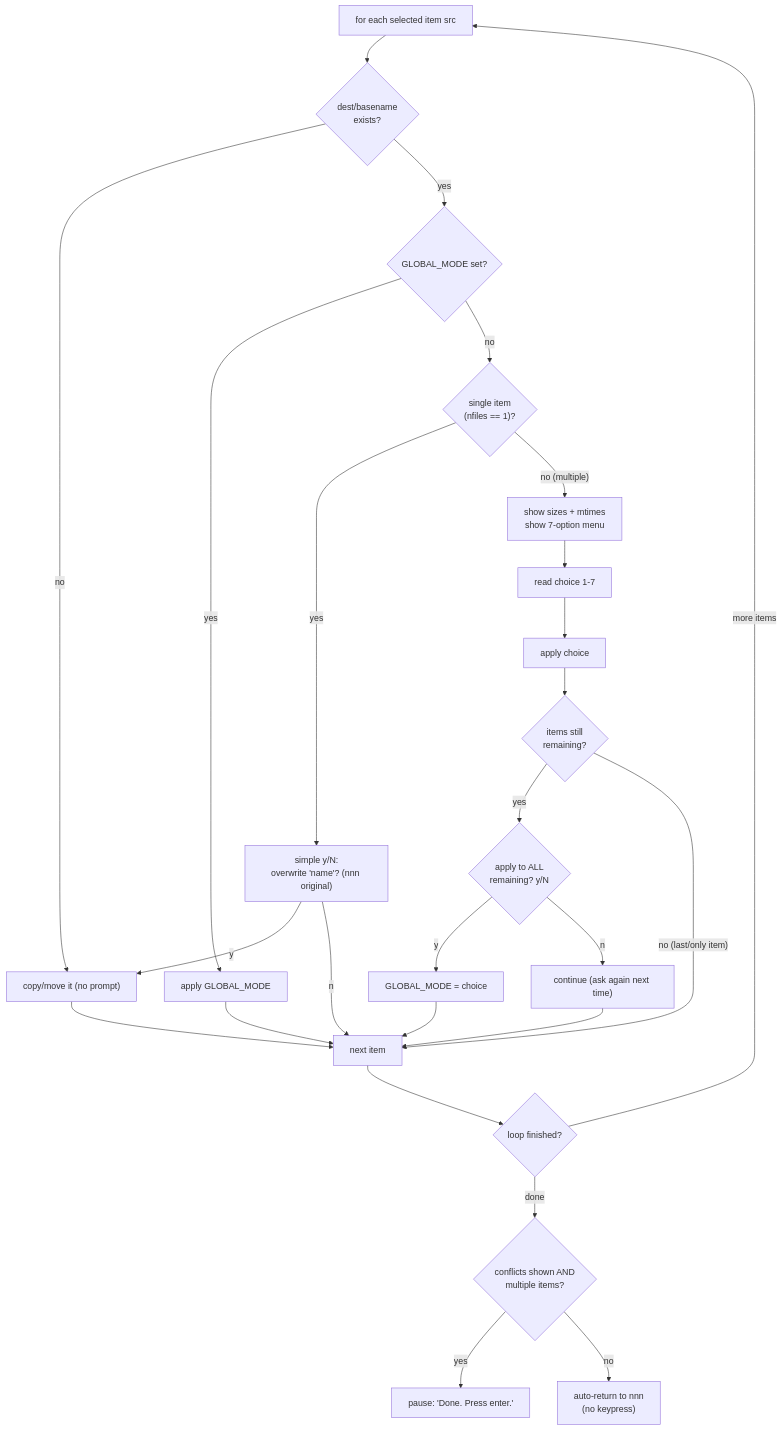
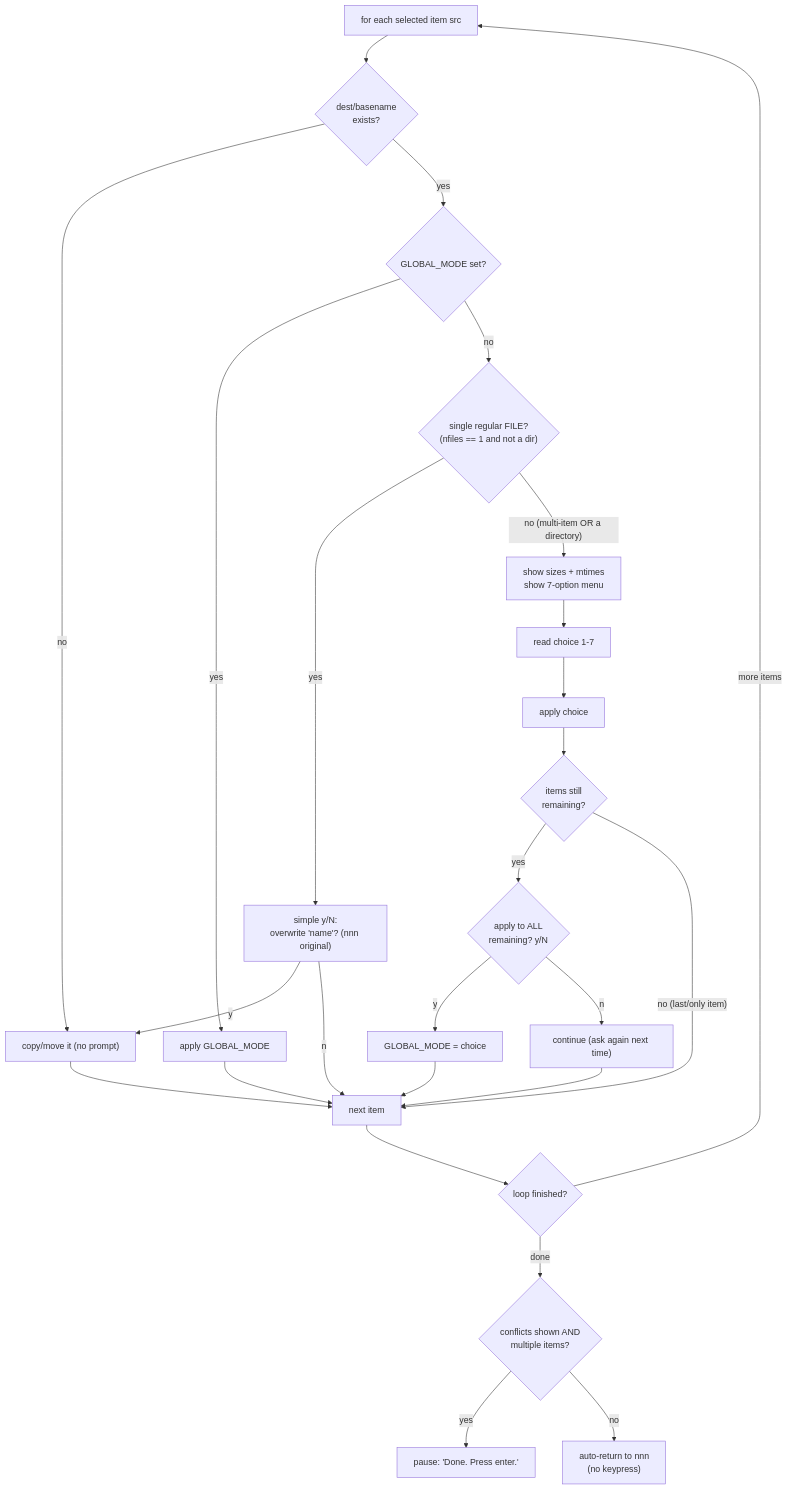
One commit to techcaotri/nnn changed diagram 21 of 24 in docs/Brainstorm_nnn_Update.md. Above: the diagram before and after it, drawn with Mermaid. The commit also changed other lines of this file and 1 other file, not shown here.

First line of the commit message:
fix(cpmv): single-directory conflicts use the full menu, files keep y/N

````diff
--- a/docs/Brainstorm_nnn_Update.md
+++ b/docs/Brainstorm_nnn_Update.md
@@ -1646,29 +1646,29 @@
 ```mermaid
 %% Per-item loop with apply-to-all short-circuit
 flowchart TD
     Start["for each selected item src"] --> Tgt{"dest/basename<br/>exists?"}
     Tgt -->|"no"| Just["copy/move it (no prompt)"]
     Tgt -->|"yes"| Glob{"GLOBAL_MODE set?"}
     Glob -->|"yes"| Apply["apply GLOBAL_MODE"]
-    Glob -->|"no"| One{"single item<br/>(nfiles == 1)?"}
+    Glob -->|"no"| One{"single regular FILE?<br/>(nfiles == 1 and not a dir)"}
     One -->|"yes"| YN["simple y/N:<br/>overwrite 'name'? (nnn original)"]
     YN -->|"y"| Just
     YN -->|"n"| Next2
-    One -->|"no (multiple)"| Show["show sizes + mtimes<br/>show 7-option menu"]
+    One -->|"no (multi-item OR a directory)"| Show["show sizes + mtimes<br/>show 7-option menu"]
     Show --> Read["read choice 1-7"]
     Read --> Do["apply choice"]
     Do --> Rem{"items still<br/>remaining?"}
     Rem -->|"yes"| AskAll{"apply to ALL<br/>remaining? y/N"}
     Rem -->|"no (last/only item)"| Next2
     AskAll -->|"y"| SetG["GLOBAL_MODE = choice"]
     AskAll -->|"n"| Next1["continue (ask again next time)"]
     Apply --> Next2["next item"]
     Just --> Next2
     SetG --> Next2
     Next1 --> Next2
     Next2 --> Done{"loop finished?"}
     Done -->|"more items"| Start
     Done -->|"done"| Exit{"conflicts shown AND<br/>multiple items?"}
     Exit -->|"yes"| Pause["pause: 'Done. Press enter.'"]
     Exit -->|"no"| Auto["auto-return to nnn<br/>(no keypress)"]
 ```
````
